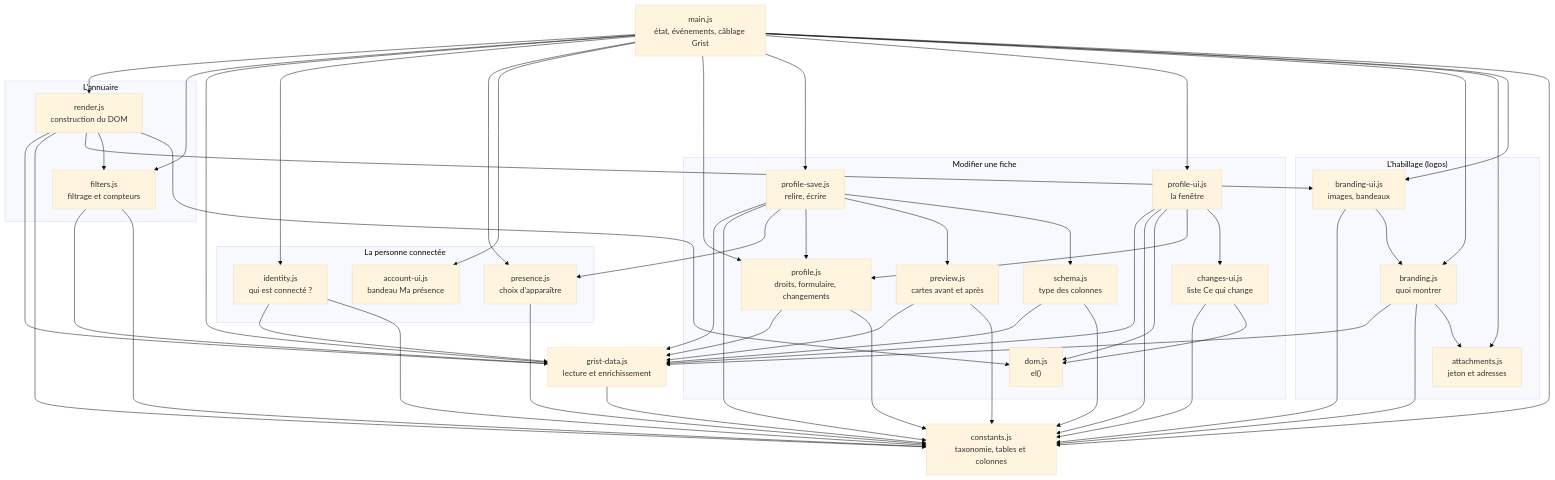
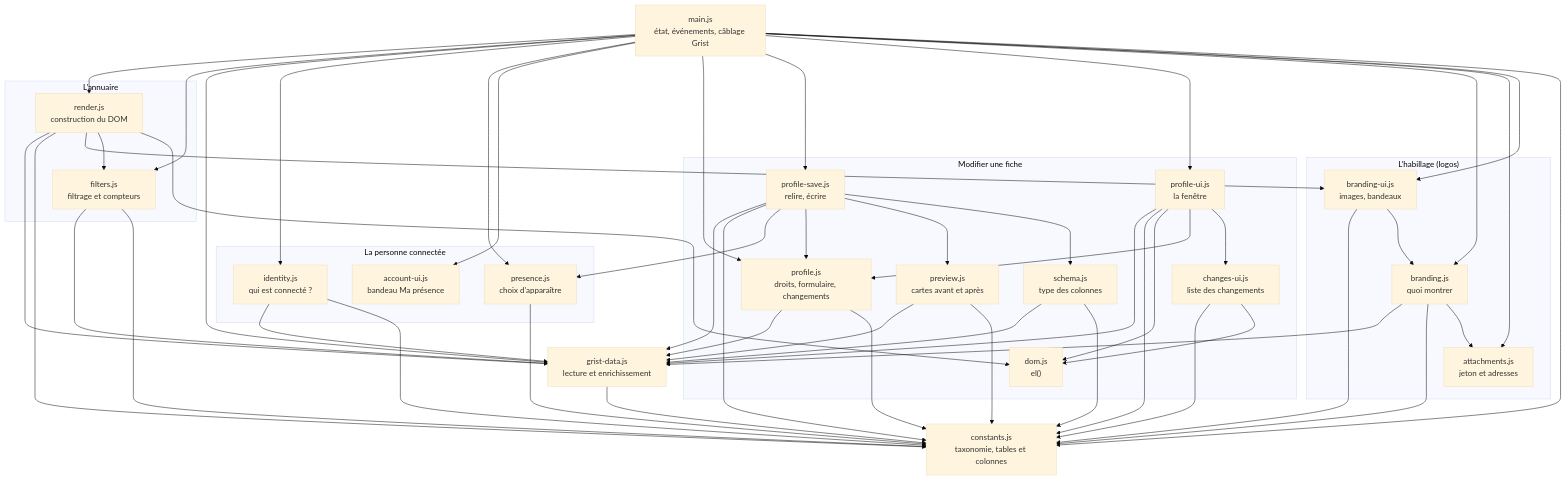
Before and after one commit to lombre33/Annuaire_PUI_Bordeaux: the second of 6 diagrams in docs/developpeurs.md, drawn with Mermaid (base theme). The commit also changed other lines of this file and 2 other files, not shown here.

````diff
--- a/docs/developpeurs.md
+++ b/docs/developpeurs.md
@@ -78,77 +78,77 @@
 ```mermaid
 flowchart TD
     main["main.js<br/>état, événements, câblage Grist"]
     subgraph annuaire["L'annuaire"]
         render["render.js<br/>construction du DOM"]
         filters["filters.js<br/>filtrage et compteurs"]
     end
     subgraph personne["La personne connectée"]
         identity["identity.js<br/>qui est connecté ?"]
         presence["presence.js<br/>choix d'apparaître"]
         account["account-ui.js<br/>bandeau Ma présence"]
     end
     subgraph habillage["L'habillage (logos)"]
         branding["branding.js<br/>quoi montrer"]
         attachments["attachments.js<br/>jeton et adresses"]
         brandingui["branding-ui.js<br/>images, bandeaux"]
     end
     subgraph fiche["Modifier une fiche"]
         profile["profile.js<br/>droits, formulaire, changements"]
         save["profile-save.js<br/>relire, écrire"]
         preview["preview.js<br/>cartes avant et après"]
         schema["schema.js<br/>type des colonnes"]
         profileui["profile-ui.js<br/>la fenêtre"]
-        changes["changes-ui.js<br/>liste Ce qui change"]
+        changes["changes-ui.js<br/>liste des changements"]
         dom["dom.js<br/>el()"]
     end
     data["grist-data.js<br/>lecture et enrichissement"]
     constants["constants.js<br/>taxonomie, tables et colonnes"]
     main --> render
     main --> filters
     main --> data
     main --> identity
     main --> presence
     main --> account
     main --> profile
     main --> save
     main --> profileui
     main --> branding
     main --> attachments
     main --> brandingui
     main --> constants
     render --> data
     render --> constants
     render --> brandingui
     render --> filters
     render --> dom
     filters --> data
     filters --> constants
     identity --> data
     identity --> constants
     presence --> constants
     data --> constants
     branding --> data
     branding --> constants
     branding --> attachments
     brandingui --> constants
     brandingui --> branding
     profile --> data
     profile --> constants
     save --> data
     save --> constants
     save --> presence
     save --> profile
     save --> preview
     save --> schema
     preview --> data
     preview --> constants
     schema --> data
     schema --> constants
     profileui --> data
     profileui --> constants
     profileui --> dom
     profileui --> profile
     profileui --> changes
     changes --> constants
     changes --> dom
 ```
````
